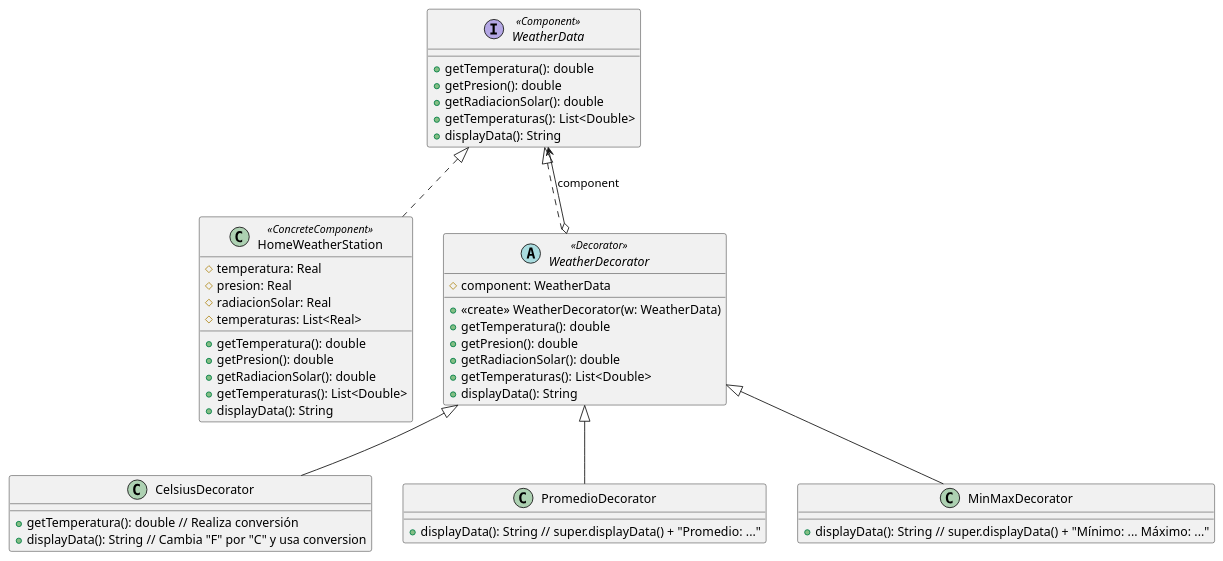
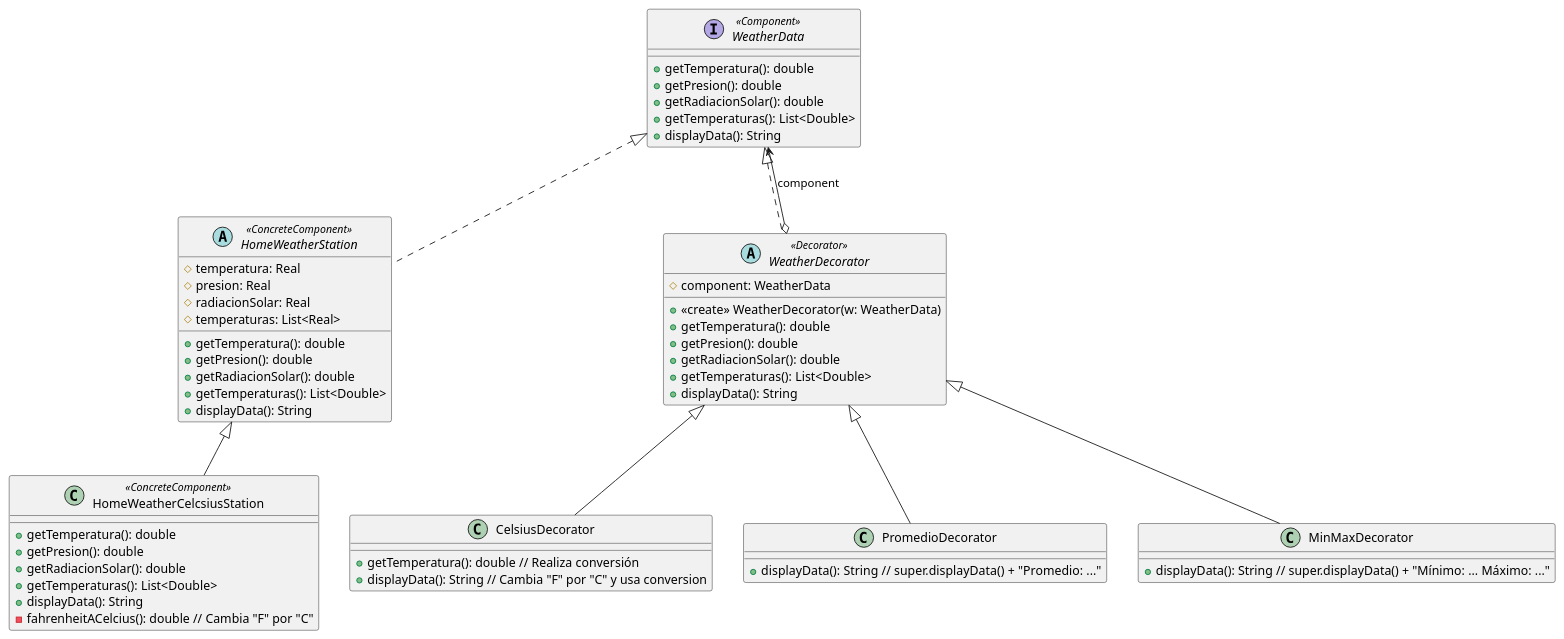
One commit to estanivege98/OO2 changed the diagram in Practicas/CuadernilloPatrones/Ejercicio21-EstacionMeteorologica/UML.puml. Above: the diagram before and after it, drawn with PlantUML. The commit also changed 6 other files, not shown here.

```diff
--- a/Practicas/CuadernilloPatrones/Ejercicio21-EstacionMeteorologica/UML.puml
+++ b/Practicas/CuadernilloPatrones/Ejercicio21-EstacionMeteorologica/UML.puml
@@ -1,54 +1,64 @@
 @startuml
 
 interface WeatherData <<Component>> {
     + getTemperatura(): double
     + getPresion(): double
     + getRadiacionSolar(): double
     + getTemperaturas(): List<Double>
     + displayData(): String
 }
 
-class HomeWeatherStation <<ConcreteComponent>> {
+abstract HomeWeatherStation <<ConcreteComponent>> {
     # temperatura: Real
     # presion: Real
     # radiacionSolar: Real
     # temperaturas: List<Real>
     + getTemperatura(): double
     + getPresion(): double
     + getRadiacionSolar(): double
     + getTemperaturas(): List<Double>
     + displayData(): String
+}
+
+class HomeWeatherCelcsiusStation <<ConcreteComponent>> extends HomeWeatherStation {
+    + getTemperatura(): double
+    +getPresion(): double
+    +getRadiacionSolar(): double
+    +getTemperaturas(): List<Double>
+    +displayData(): String
+    - fahrenheitACelcius(): double // Cambia "F" por "C"
+
 }
 
 abstract class WeatherDecorator <<Decorator>> {
     # component: WeatherData
     + <<create>> WeatherDecorator(w: WeatherData)
     + getTemperatura(): double
     + getPresion(): double
     + getRadiacionSolar(): double
     + getTemperaturas(): List<Double>
     + displayData(): String
 }
 
 class CelsiusDecorator {
     + getTemperatura(): double // Realiza conversión
     + displayData(): String // Cambia "F" por "C" y usa conversion
 }
 
 class PromedioDecorator {
     + displayData(): String // super.displayData() + "Promedio: ..."
 }
 
 class MinMaxDecorator {
     + displayData(): String // super.displayData() + "Mínimo: ... Máximo: ..."
 }
 
 ' Relaciones
 WeatherData <|.. HomeWeatherStation
 WeatherData <|.. WeatherDecorator
 WeatherDecorator o--> WeatherData : component
 WeatherDecorator <|-- CelsiusDecorator
 WeatherDecorator <|-- PromedioDecorator
 WeatherDecorator <|-- MinMaxDecorator
 
 @enduml
```
